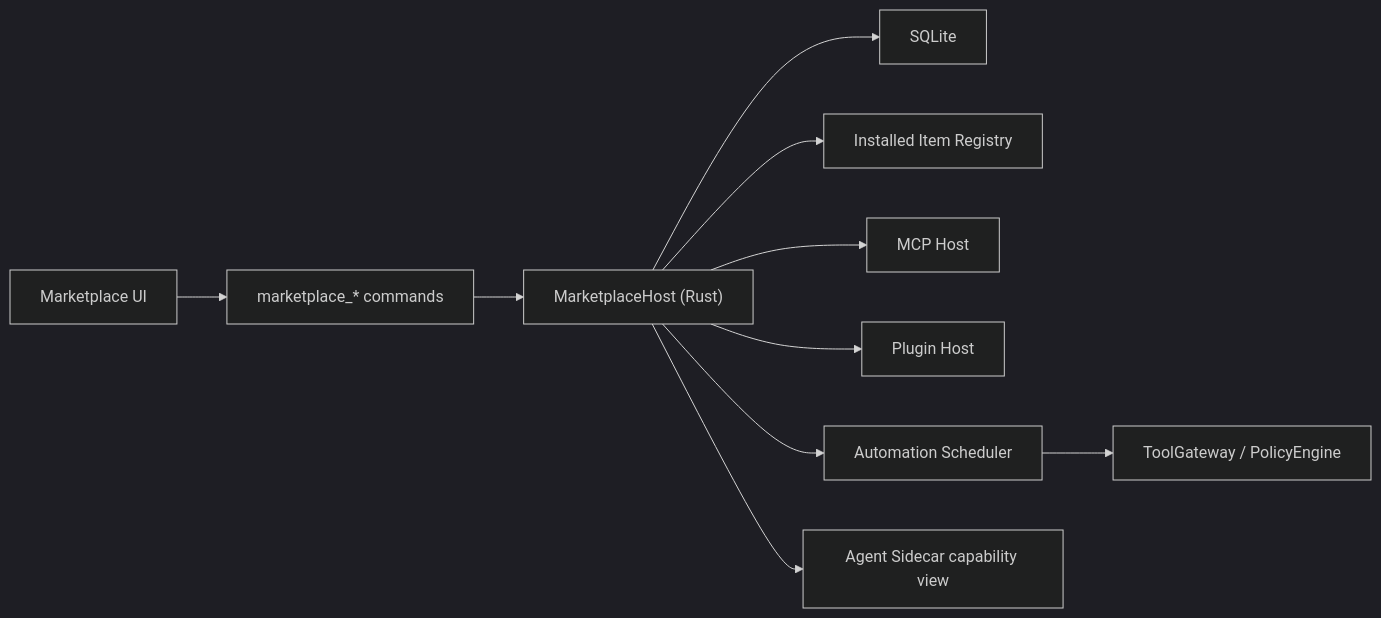
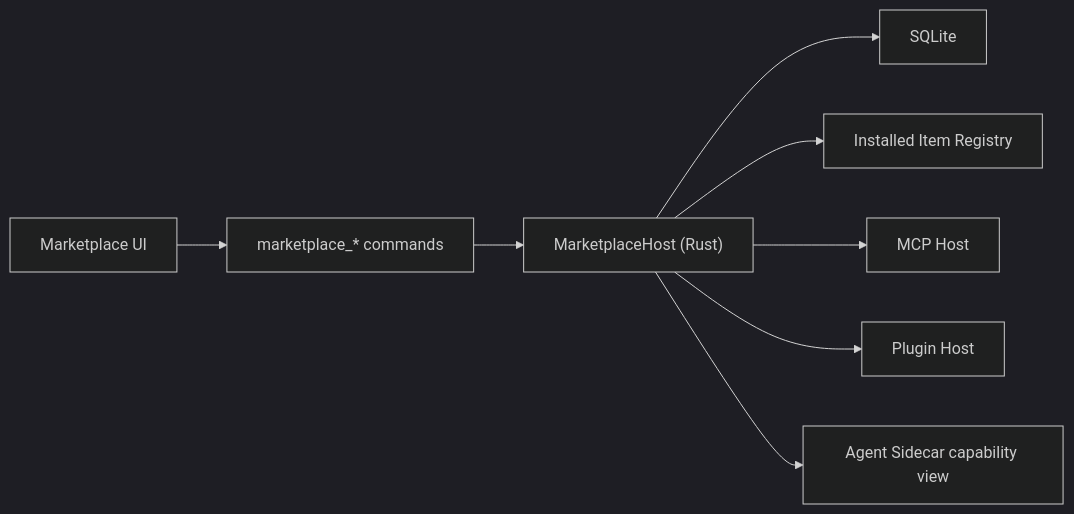
One commit to TiyAgents/tiycode changed the diagram in docs/module/marketplace-automation-design-20260316.md. Above: the diagram before and after it, drawn with Mermaid (dark theme). The commit also changed other lines of this file and 8 other files, not shown here.

Commit message:
docs(architecture): 📝 refine reviewed system design

````diff
--- a/docs/module/marketplace-automation-design-20260316.md
+++ b/docs/module/marketplace-automation-design-20260316.md
@@ -116,12 +113,10 @@
 ```mermaid
 flowchart LR
   UI["Marketplace UI"] --> BRIDGE["marketplace_* commands"]
   BRIDGE --> MH["MarketplaceHost (Rust)"]
   MH --> DB["SQLite"]
   MH --> REG["Installed Item Registry"]
   MH --> MCP["MCP Host"]
   MH --> PLG["Plugin Host"]
-  MH --> SCH["Automation Scheduler"]
-  SCH --> TG["ToolGateway / PolicyEngine"]
   MH --> SC["Agent Sidecar capability view"]
 ```
````
